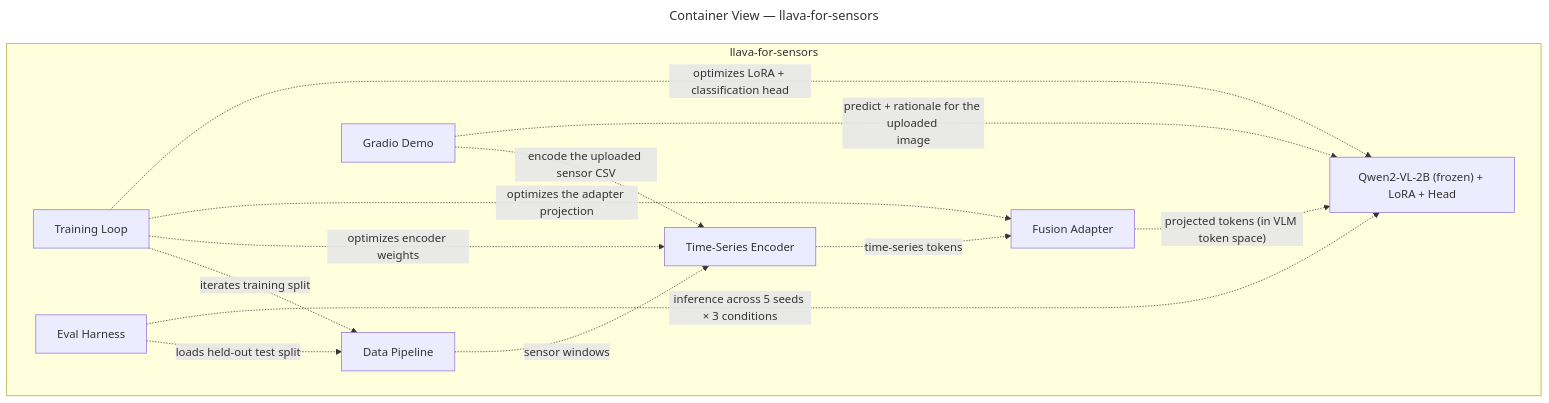
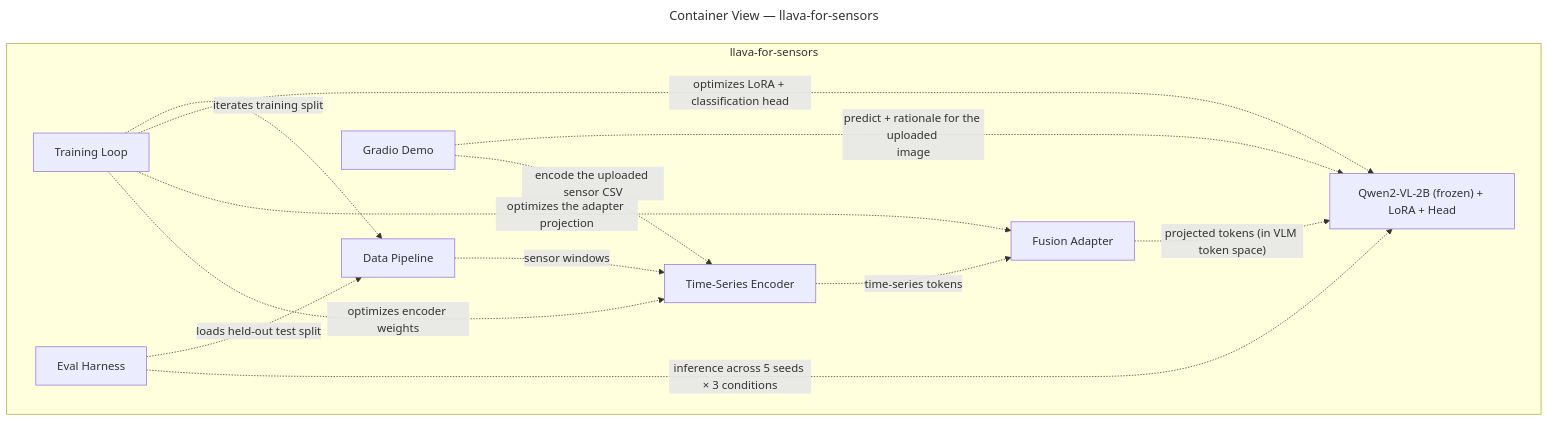
The diagram in docs/architecture/container.mmd (VoidAxiom/llava-for-sensors), drawn with Mermaid before and after one commit. The commit also changed other lines of this file and 7 other files, not shown here.

First line of the commit message:
VOI-201: architecture/component.c4 + META .gitignore (P1.6 + training-artifact rules) (#20)

```diff
--- a/docs/architecture/container.mmd
+++ b/docs/architecture/container.mmd
@@ -1,25 +1,25 @@
 ---
 title: "Container View — llava-for-sensors"
 ---
 graph TB
   subgraph Llava["`llava-for-sensors`"]
     Llava.Train_loop@{ shape: rectangle, label: "Training Loop" }
+    Llava.Demo_app@{ shape: rectangle, label: "Gradio Demo" }
     Llava.Eval_harness@{ shape: rectangle, label: "Eval Harness" }
-    Llava.Demo_app@{ shape: rectangle, label: "Gradio Demo" }
     Llava.Data_pipeline@{ shape: rectangle, label: "Data Pipeline" }
     Llava.Ts_encoder@{ shape: rectangle, label: "Time-Series Encoder" }
     Llava.Fusion@{ shape: rectangle, label: "Fusion Adapter" }
     Llava.Vlm@{ shape: rectangle, label: "Qwen2-VL-2B (frozen) + LoRA + Head" }
   end
+  Llava.Ts_encoder -. "`time-series tokens`" .-> Llava.Fusion
   Llava.Data_pipeline -. "`sensor windows`" .-> Llava.Ts_encoder
-  Llava.Train_loop -. "`iterates training split`" .-> Llava.Data_pipeline
-  Llava.Eval_harness -. "`loads held-out test split`" .-> Llava.Data_pipeline
-  Llava.Ts_encoder -. "`time-series tokens`" .-> Llava.Fusion
   Llava.Train_loop -. "`optimizes encoder weights`" .-> Llava.Ts_encoder
   Llava.Demo_app -. "`encode the uploaded sensor CSV`" .-> Llava.Ts_encoder
   Llava.Fusion -. "`projected tokens (in VLM token space)`" .-> Llava.Vlm
   Llava.Train_loop -. "`optimizes the adapter projection`" .-> Llava.Fusion
   Llava.Train_loop -. "`optimizes LoRA + classification head`" .-> Llava.Vlm
   Llava.Eval_harness -. "`inference across 5 seeds × 3 conditions`" .-> Llava.Vlm
   Llava.Demo_app -. "`predict + rationale for the uploaded 
 image`" .-> Llava.Vlm
+  Llava.Train_loop -. "`iterates training split`" .-> Llava.Data_pipeline
+  Llava.Eval_harness -. "`loads held-out test split`" .-> Llava.Data_pipeline
```
